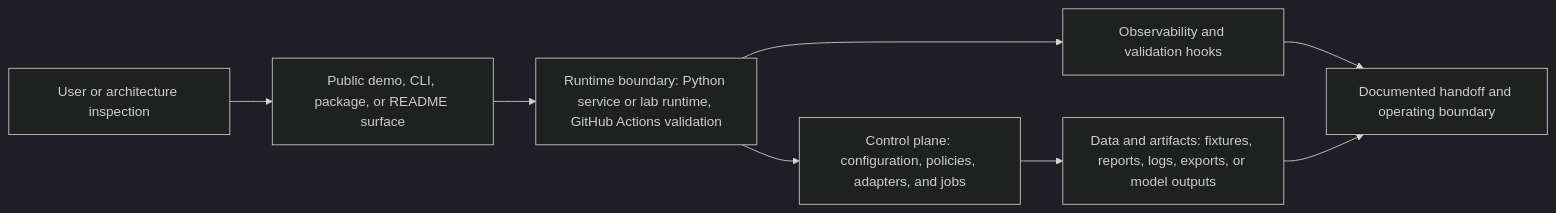
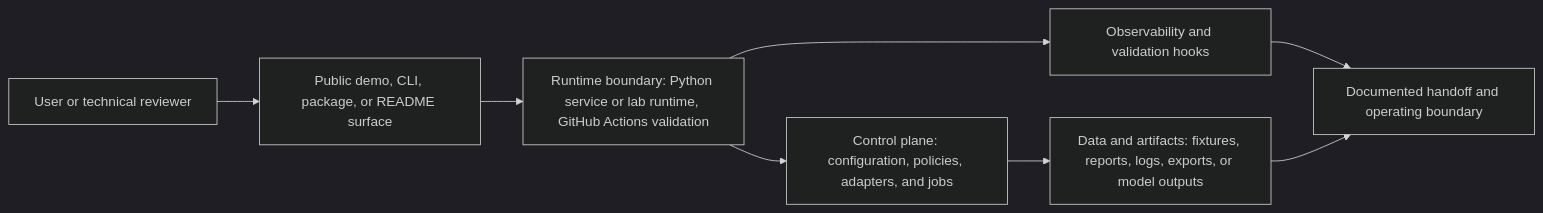
One commit to KIM3310/quantum-workbench changed the diagram in docs/system-architecture.md. Above: the diagram before and after it, drawn with Mermaid (dark theme). The commit also changed 18 other files, not shown here.

````diff
--- a/docs/system-architecture.md
+++ b/docs/system-architecture.md
@@ -18,10 +18,10 @@
 ```mermaid
 flowchart LR
-    User["User or architecture inspection"] --> Surface["Public demo, CLI, package, or README surface"]
+    User["User or technical reviewer"] --> Surface["Public demo, CLI, package, or README surface"]
     Surface --> Runtime["Runtime boundary: Python service or lab runtime, GitHub Actions validation"]
     Runtime --> Control["Control plane: configuration, policies, adapters, and jobs"]
     Control --> Data["Data and artifacts: fixtures, reports, logs, exports, or model outputs"]
     Runtime --> Observability["Observability and validation hooks"]
     Observability --> Handoff["Documented handoff and operating boundary"]
     Data --> Handoff
 ```
````
